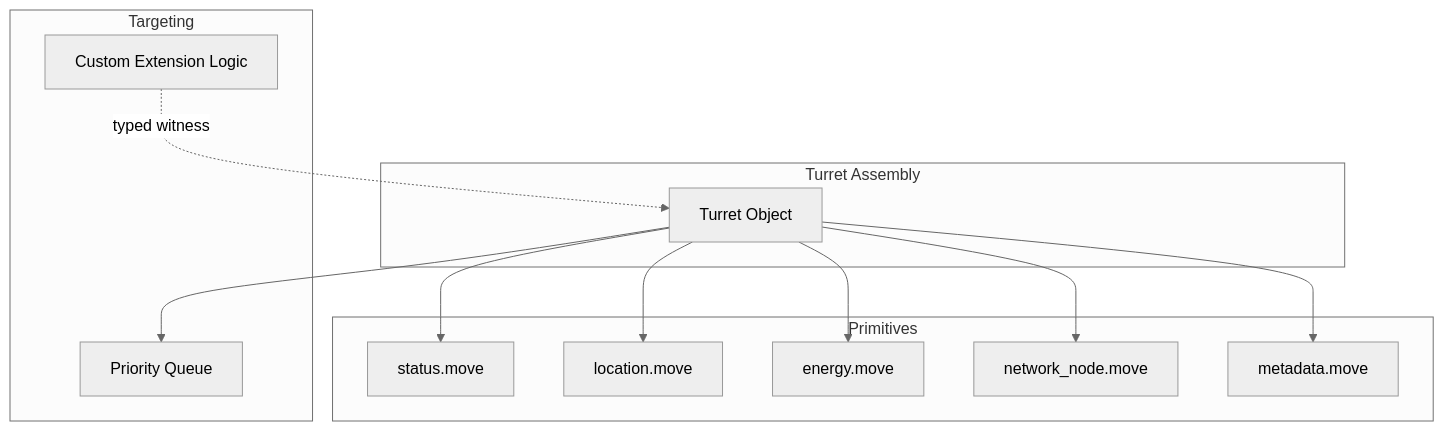
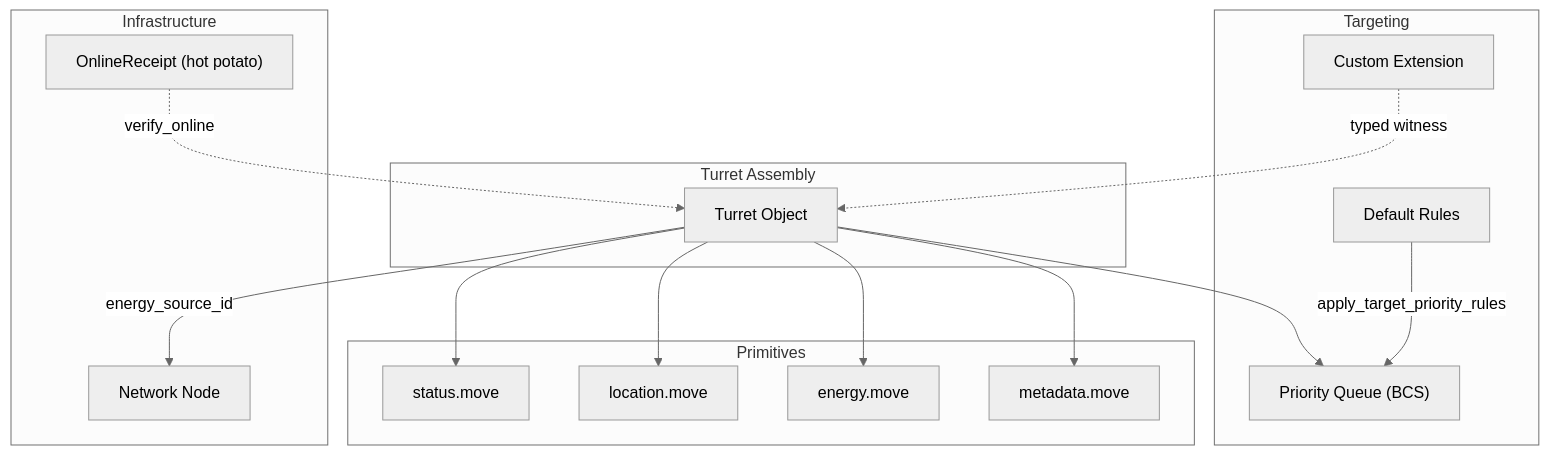
Before and after one commit to Scetrov/frontier.scetrov.live: the first of 3 diagrams in content/develop/world-contracts/assemblies/turret.move.md, drawn with Mermaid (neutral theme). The commit also changed other lines of this file and 5 other files, not shown here.

````diff
--- a/content/develop/world-contracts/assemblies/turret.move.md
+++ b/content/develop/world-contracts/assemblies/turret.move.md
@@ -18,27 +24,34 @@
 ```mermaid
 flowchart TD
     subgraph Turret Assembly
         T[Turret Object]
     end
 
     subgraph Primitives
         Status["status.move"]
         Location["location.move"]
         Energy["energy.move"]
-        NWN["network_node.move"]
         Metadata["metadata.move"]
     end
 
     subgraph Targeting
-        P[Priority Queue]
-        Ext[Custom Extension Logic]
+        P["Priority Queue (BCS)"]
+        Rules["Default Rules"]
+        Ext["Custom Extension"]
+    end
+
+    subgraph Infrastructure
+        NWN["Network Node"]
+        Receipt["OnlineReceipt (hot potato)"]
     end
 
     T --> Status
     T --> Location
     T --> Energy
-    T --> NWN
     T --> Metadata
+    T -->|energy_source_id| NWN
     T --> P
+    Rules -->|apply_target_priority_rules| P
     Ext -.->|typed witness| T
+    Receipt -.->|verify_online| T
 ```
````
